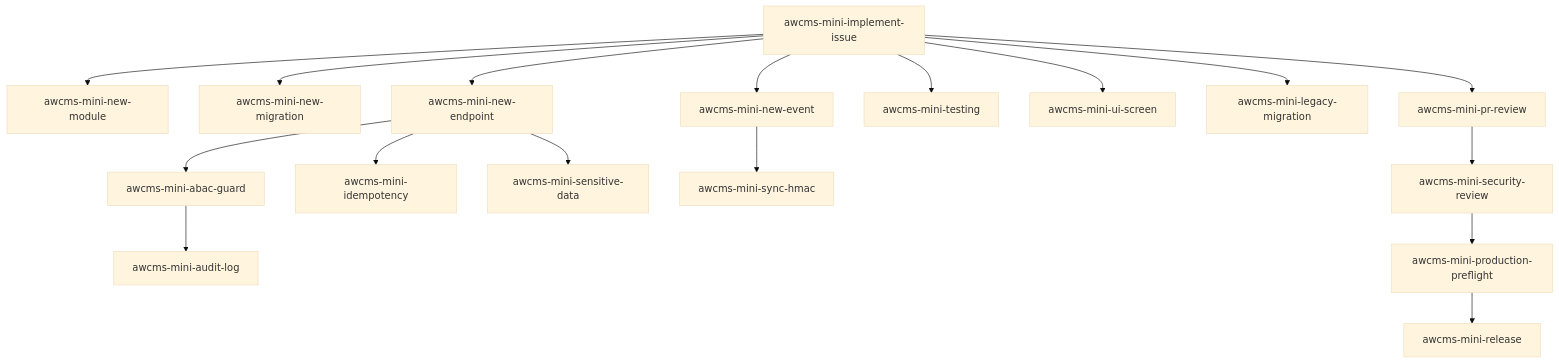
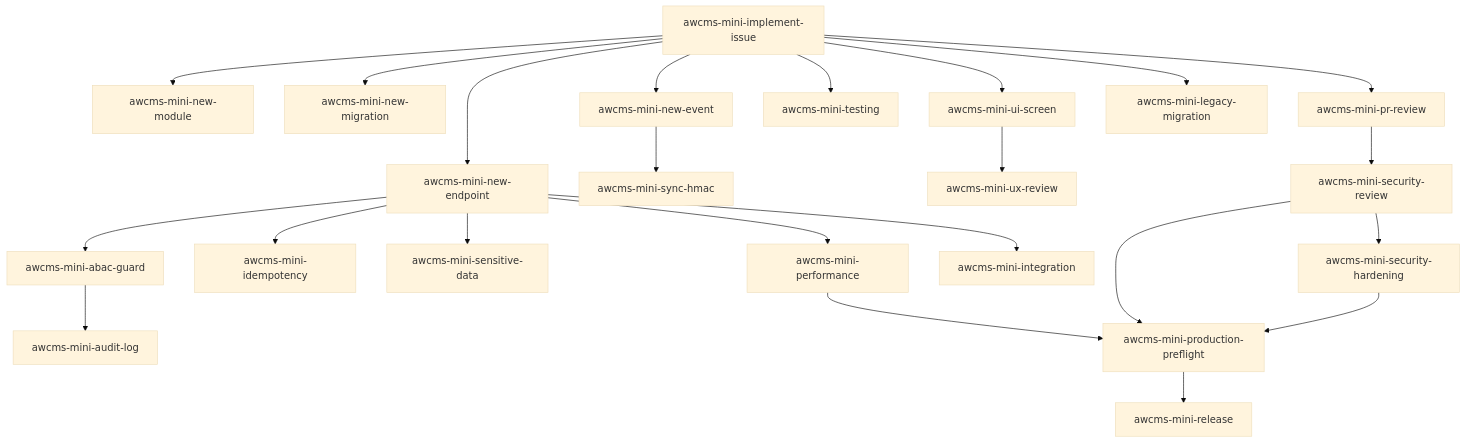
Before and after one commit to ahliweb/awcms-mini: the diagram in .claude/skills/README.md, drawn with Mermaid (base theme). The commit also changed other lines of this file and 5 other files, not shown here.

First line of the commit message:
docs(skills): add four improvement skills (UX, performance, integration, security-hardening)

````diff
--- a/.claude/skills/README.md
+++ b/.claude/skills/README.md
@@ -32,19 +43,26 @@
 ```mermaid
 flowchart TD
   II[awcms-mini-implement-issue] --> NM[awcms-mini-new-module]
   II --> MIG[awcms-mini-new-migration]
   II --> EP[awcms-mini-new-endpoint]
   II --> EV[awcms-mini-new-event]
   II --> TST[awcms-mini-testing]
   EP --> ABAC[awcms-mini-abac-guard]
   EP --> IDEM[awcms-mini-idempotency]
   ABAC --> AUD[awcms-mini-audit-log]
   EP --> SD[awcms-mini-sensitive-data]
   EV --> SYNC[awcms-mini-sync-hmac]
   II --> UI[awcms-mini-ui-screen]
   II --> LEG[awcms-mini-legacy-migration]
   II --> PR[awcms-mini-pr-review]
   PR --> SEC[awcms-mini-security-review]
   SEC --> PF[awcms-mini-production-preflight]
   PF --> REL[awcms-mini-release]
+
+  UI --> UXR[awcms-mini-ux-review]
+  EP --> PERF[awcms-mini-performance]
+  EP --> INT[awcms-mini-integration]
+  SEC --> HARD[awcms-mini-security-hardening]
+  PERF --> PF
+  HARD --> PF
 ```
````
